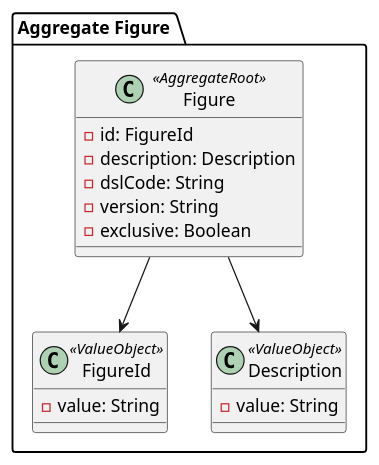
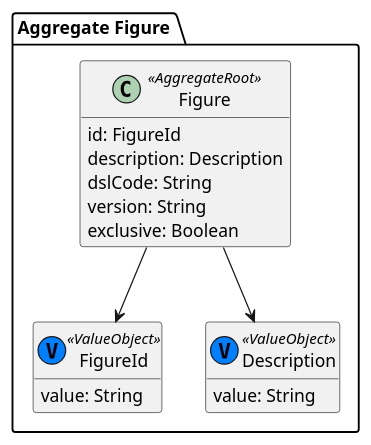
One commit to HenriqueSilva18/Drone-Show-Management-System changed the diagram in docs/us_110/subDomains/domains/aggregate_figure.puml. Above: the diagram before and after it, drawn with PlantUML. The commit also changed 7 other files, not shown here.

```diff
--- a/docs/us_110/subDomains/domains/aggregate_figure.puml
+++ b/docs/us_110/subDomains/domains/aggregate_figure.puml
@@ -1,26 +1,28 @@
 @startuml
+hide methods
+
 package "Aggregate Figure " {
 
     ' Agregado Figure (Aggregate Root)
     class Figure <<AggregateRoot>> {
-        - id: FigureId
-        - description: Description
-        - dslCode: String
-        - version: String
-        - exclusive: Boolean
+        id: FigureId
+        description: Description
+        dslCode: String
+        version: String
+        exclusive: Boolean
     }
 
     ' Value Objects relacionados
-    class FigureId <<ValueObject>> {
-        - value: String
+    class FigureId <<(V, #007fff) ValueObject>> {
+        value: String
     }
 
-    class Description <<ValueObject>> {
-        - value: String
+    class Description <<(V, #007fff) ValueObject>> {
+        value: String
     }
 
     ' Ligações
     Figure --> FigureId
     Figure --> Description
 }
 @enduml
```
